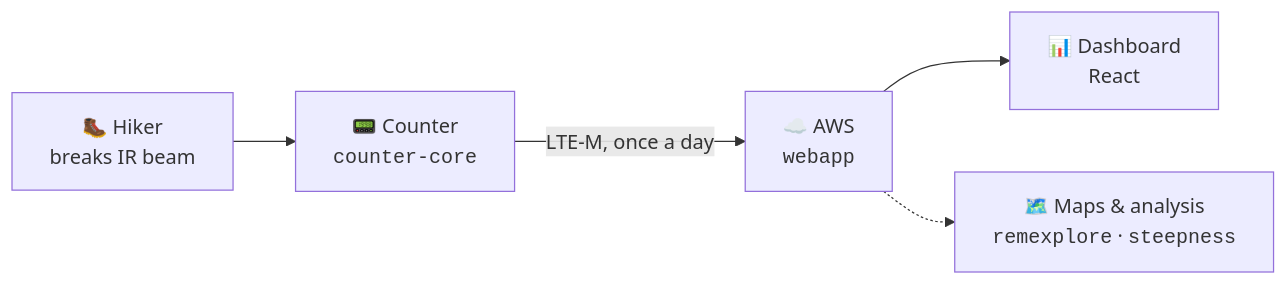
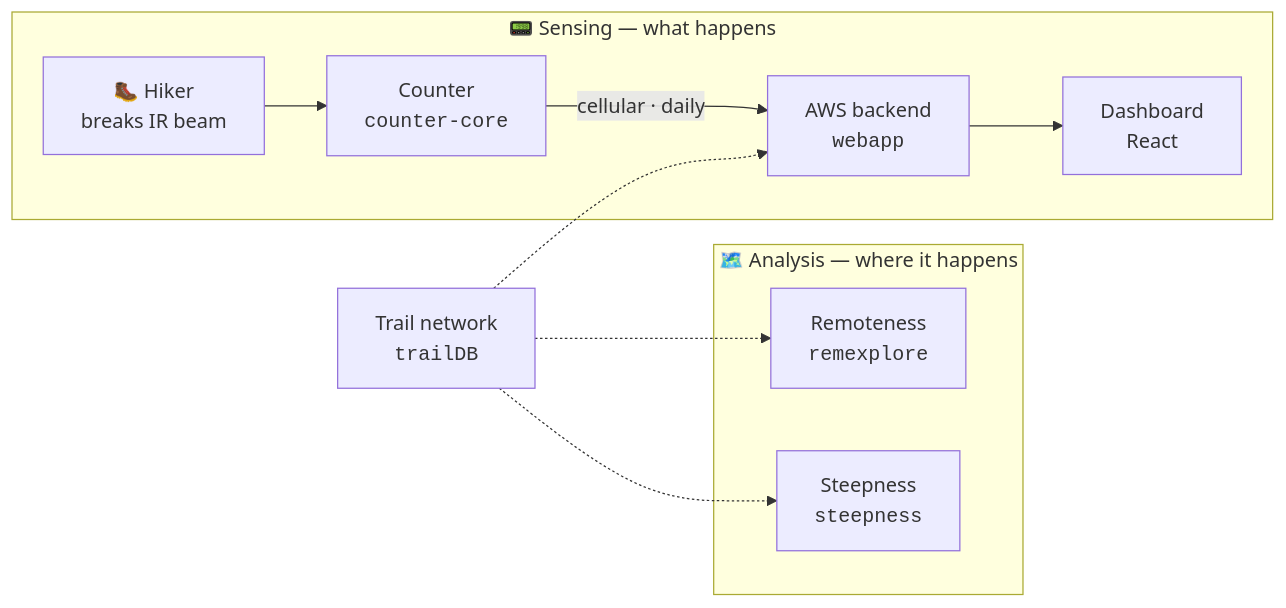
Before and after one commit to TrailCount/.github: the diagram in profile/README.md, drawn with Mermaid. The commit also changed other lines of this file, not shown here.

First line of the commit message:
Widen the org framing beyond the counter, and note the next device

````diff
--- a/profile/README.md
+++ b/profile/README.md
@@ -22,7 +34,15 @@
 ```mermaid
 flowchart LR
-  A["🥾 Hiker<br/>breaks IR beam"] --> B["📟 Counter<br/><code>counter-core</code>"]
-  B -->|"LTE-M, once a day"| C["☁️ AWS<br/><code>webapp</code>"]
-  C --> D["📊 Dashboard<br/>React"]
-  C -.-> E["🗺️ Maps &amp; analysis<br/><code>remexplore</code> · <code>steepness</code>"]
+  subgraph S ["📟 Sensing — what happens"]
+    A["🥾 Hiker<br/>breaks IR beam"] --> B["Counter<br/><code>counter-core</code>"]
+    B -->|"cellular · daily"| C["AWS backend<br/><code>webapp</code>"]
+    C --> D["Dashboard<br/>React"]
+  end
+  subgraph M ["🗺️ Analysis — where it happens"]
+    E["Remoteness<br/><code>remexplore</code>"]
+    F["Steepness<br/><code>steepness</code>"]
+  end
+  G["Trail network<br/><code>trailDB</code>"] -.-> C
+  G -.-> E
+  G -.-> F
 ```
````
